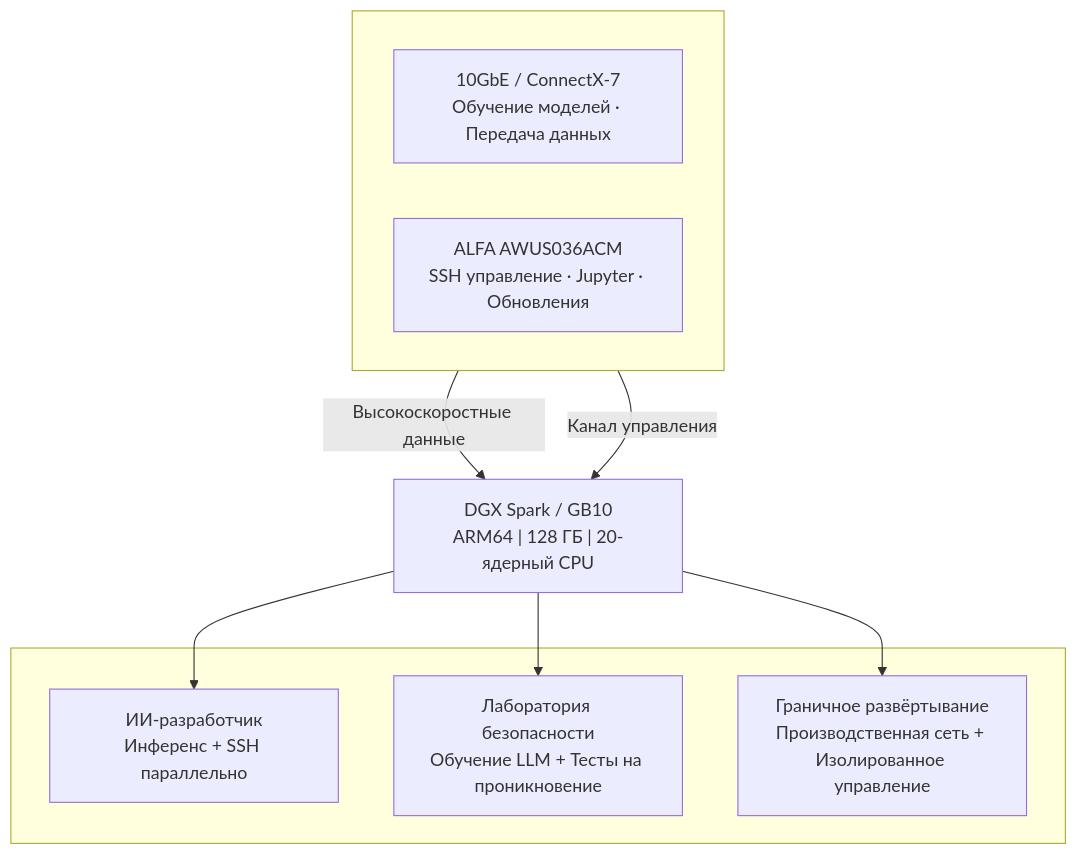
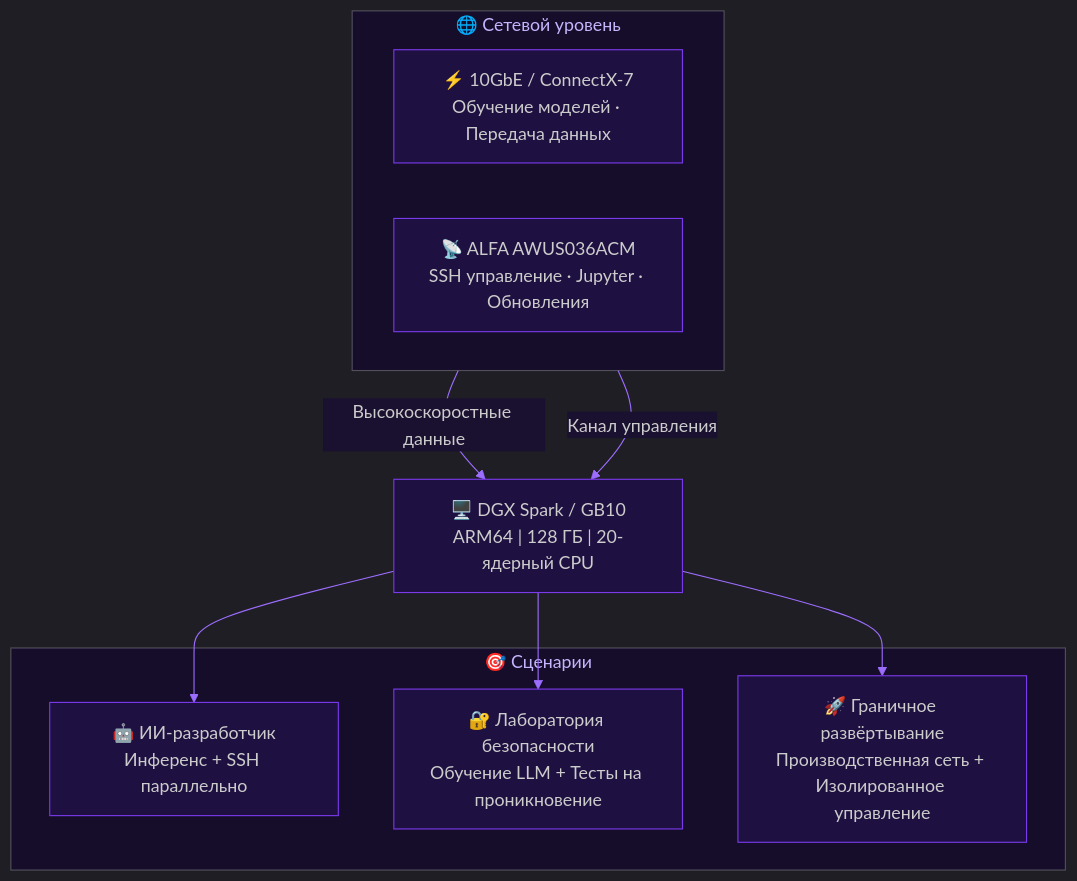
Before and after one commit to yopitek/yupitek_official_web: the diagram in content/ru/blog/dgx-spark-gb10-wifi-alfa-usb-fix/_index.md, drawn with Mermaid. The commit also changed 9 other files, not shown here.

First line of the commit message:
style: upgrade mermaid diagram to cyber purple theme (all 10 languages)

````diff
--- a/content/ru/blog/dgx-spark-gb10-wifi-alfa-usb-fix/_index.md
+++ b/content/ru/blog/dgx-spark-gb10-wifi-alfa-usb-fix/_index.md
@@ -217,22 +217,23 @@
 ```mermaid
+%%{init:{"theme":"dark","themeVariables":{"primaryColor":"#2d1f4e","primaryTextColor":"#e2d9f3","primaryBorderColor":"#7c3aed","lineColor":"#9d6dff","secondaryColor":"#1a1030","tertiaryColor":"#0e0818","background":"#0e0818","mainBkg":"#1e1040","nodeBorder":"#7c3aed","clusterBkg":"#150d2a","titleColor":"#c4b5fd","edgeLabelBackground":"#1a1030","attributeBackgroundColorEven":"#1e1040","attributeBackgroundColorOdd":"#150d2a"}}}%%
 flowchart TD
-    subgraph Сеть[" "]
+    subgraph sub1["🌐 Сетевой уровень"]
         direction LR
-        A["10GbE / ConnectX-7<br/>Обучение моделей · Передача данных"]
-        B["ALFA AWUS036ACM<br/>SSH управление · Jupyter · Обновления"]
+        A["⚡ 10GbE / ConnectX-7<br/>Обучение моделей · Передача данных"]
+        B["📡 ALFA AWUS036ACM<br/>SSH управление · Jupyter · Обновления"]
     end
 
-    C["DGX Spark / GB10<br/>ARM64 | 128 ГБ | 20-ядерный CPU"]
+    C["🖥️ DGX Spark / GB10<br/>ARM64 | 128 ГБ | 20-ядерный CPU"]
 
-    subgraph Сценарии[" "]
-        D["ИИ-разработчик<br/>Инференс + SSH параллельно"]
-        E["Лаборатория безопасности<br/>Обучение LLM + Тесты на проникновение"]
-        F["Граничное развёртывание<br/>Производственная сеть + Изолированное управление"]
+    subgraph sub2["🎯 Сценарии"]
+        D["🤖 ИИ-разработчик<br/>Инференс + SSH параллельно"]
+        E["🔐 Лаборатория безопасности<br/>Обучение LLM + Тесты на проникновение"]
+        F["🚀 Граничное развёртывание<br/>Производственная сеть + Изолированное управление"]
     end
 
     A -->|Высокоскоростные данные| C
     B -->|Канал управления| C
     C --> D
     C --> E
     C --> F
 ```
````
